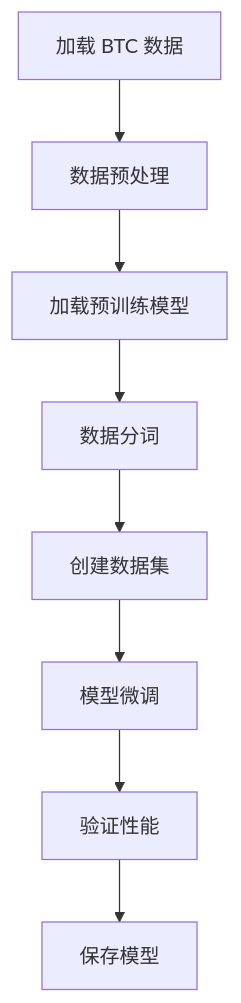
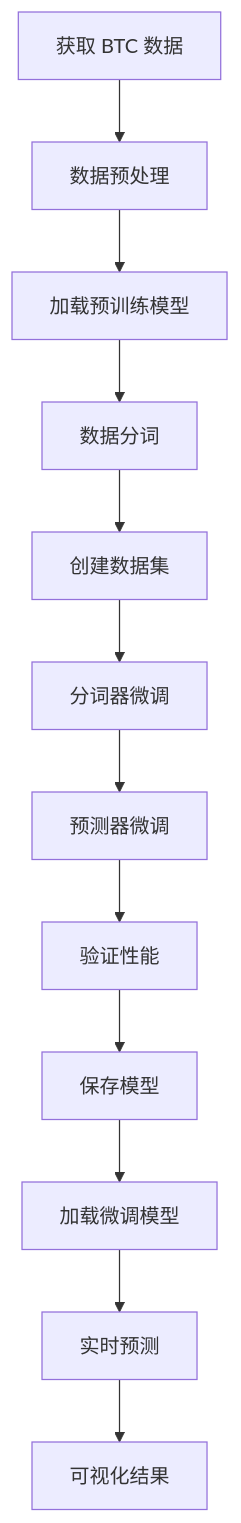
The diagram in README.md (Liucong-JunZi/Kronos-Btc-finetune), drawn with Mermaid before and after one commit. The commit also changed other lines of this file, not shown here.

````diff
--- a/README.md
+++ b/README.md
@@ -140,10 +190,14 @@
 ```mermaid
 graph TD
-    A[加载 BTC 数据] --> B[数据预处理]
+    A[获取 BTC 数据] --> B[数据预处理]
     B --> C[加载预训练模型]
     C --> D[数据分词]
     D --> E[创建数据集]
-    E --> F[模型微调]
-    F --> G[验证性能]
-    G --> H[保存模型]
+    E --> F[分词器微调]
+    F --> G[预测器微调]
+    G --> H[验证性能]
+    H --> I[保存模型]
+    I --> J[加载微调模型]
+    J --> K[实时预测]
+    K --> L[可视化结果]
 ```
````
